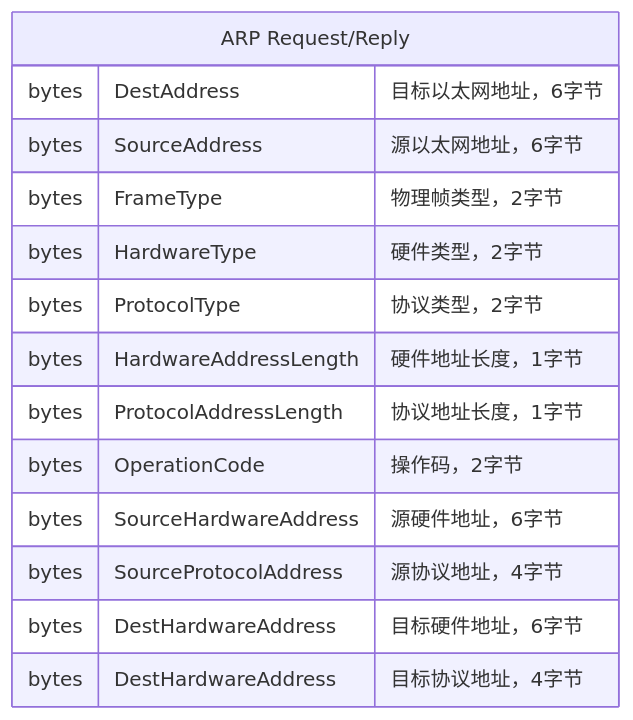
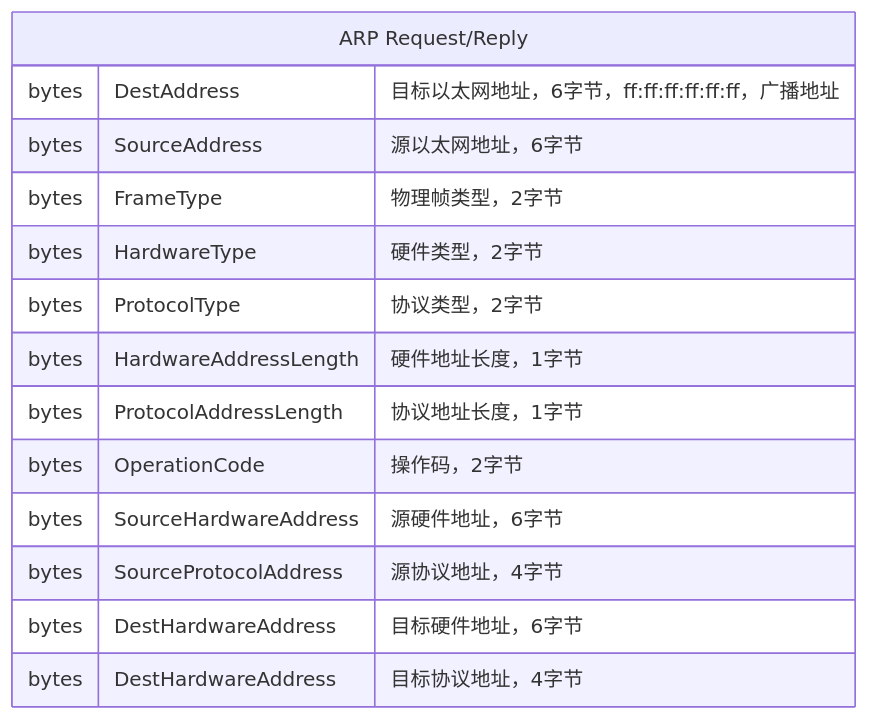
The first of 3 diagrams in source/_posts/arp-and-rarp-protocol.md (willmao/blog), drawn with Mermaid before and after one commit. The commit also changed other lines of this file, not shown here.

````diff
--- a/source/_posts/arp-and-rarp-protocol.md
+++ b/source/_posts/arp-and-rarp-protocol.md
@@ -28,18 +30,18 @@
 ```mermaid
 erDiagram
     arp["ARP Request/Reply"] {
-        bytes DestAddress           "目标以太网地址，6字节"
+        bytes DestAddress           "目标以太网地址，6字节，ff:ff:ff:ff:ff:ff，广播地址"
         bytes SourceAddress         "源以太网地址，6字节"
         bytes FrameType             "物理帧类型，2字节"
         bytes HardwareType          "硬件类型，2字节"
         bytes ProtocolType          "协议类型，2字节"
         bytes HardwareAddressLength "硬件地址长度，1字节"
         bytes ProtocolAddressLength "协议地址长度，1字节"
         bytes OperationCode         "操作码，2字节"
         bytes SourceHardwareAddress "源硬件地址，6字节"
         bytes SourceProtocolAddress "源协议地址，4字节"
         bytes DestHardwareAddress   "目标硬件地址，6字节"
         bytes DestHardwareAddress   "目标协议地址，4字节"
     }
 
 ```
````
